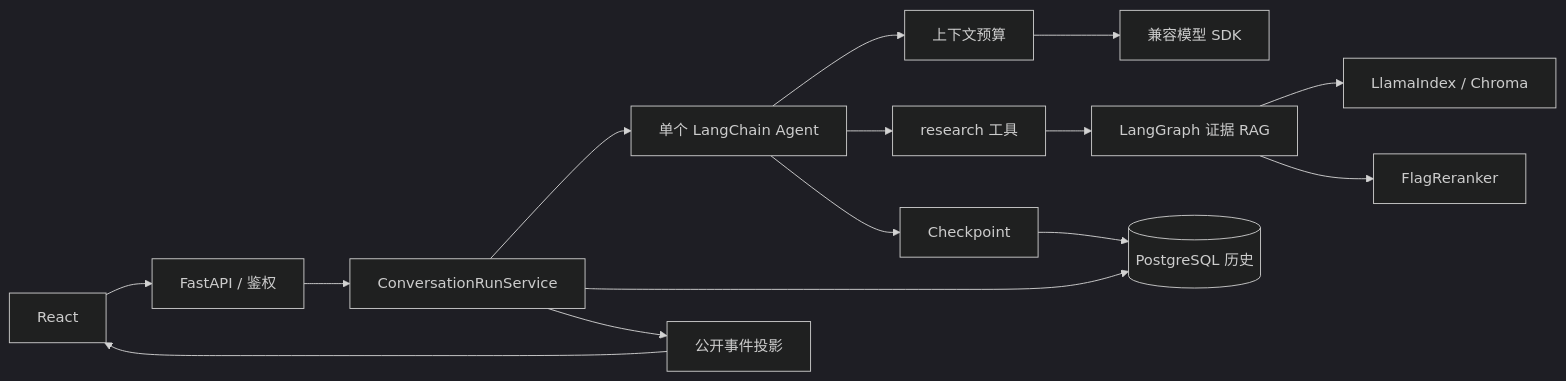
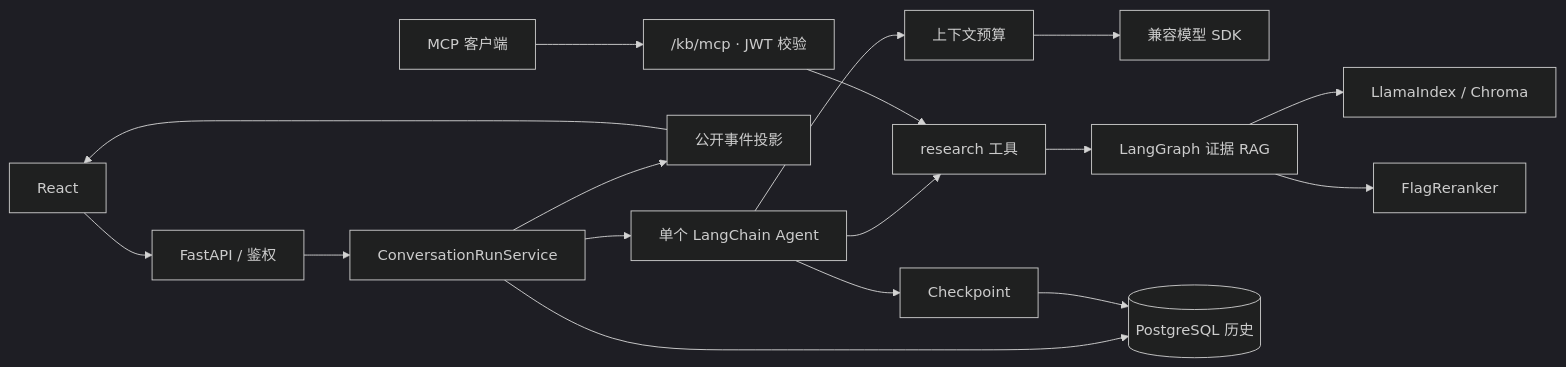
The diagram in README.md (JacoryOu/agent-rag-showcase), drawn with Mermaid (dark theme) before and after one commit. The commit also changed other lines of this file and 2 other files, not shown here.

First line of the commit message:
docs: add MCP entry and per-request observability to the showcase

````diff
--- a/README.md
+++ b/README.md
@@ -21,13 +23,14 @@
 ```mermaid
 flowchart LR
     UI[React] --> API[FastAPI / 鉴权]
     API --> RUN[ConversationRunService]
     RUN --> AG[单个 LangChain Agent]
     AG --> BUD[上下文预算] --> LLM[兼容模型 SDK]
     AG --> TOOL[research 工具] --> RAG[LangGraph 证据 RAG]
     RAG --> RET[LlamaIndex / Chroma]
     RAG --> RANK[FlagReranker]
     RUN --> PG[(PostgreSQL 历史)]
     AG --> CP[Checkpoint] --> PG
     RUN --> SSE[公开事件投影] --> UI
+    MC[MCP 客户端] --> MCP["/kb/mcp · JWT 校验"] --> TOOL
 ```
````
